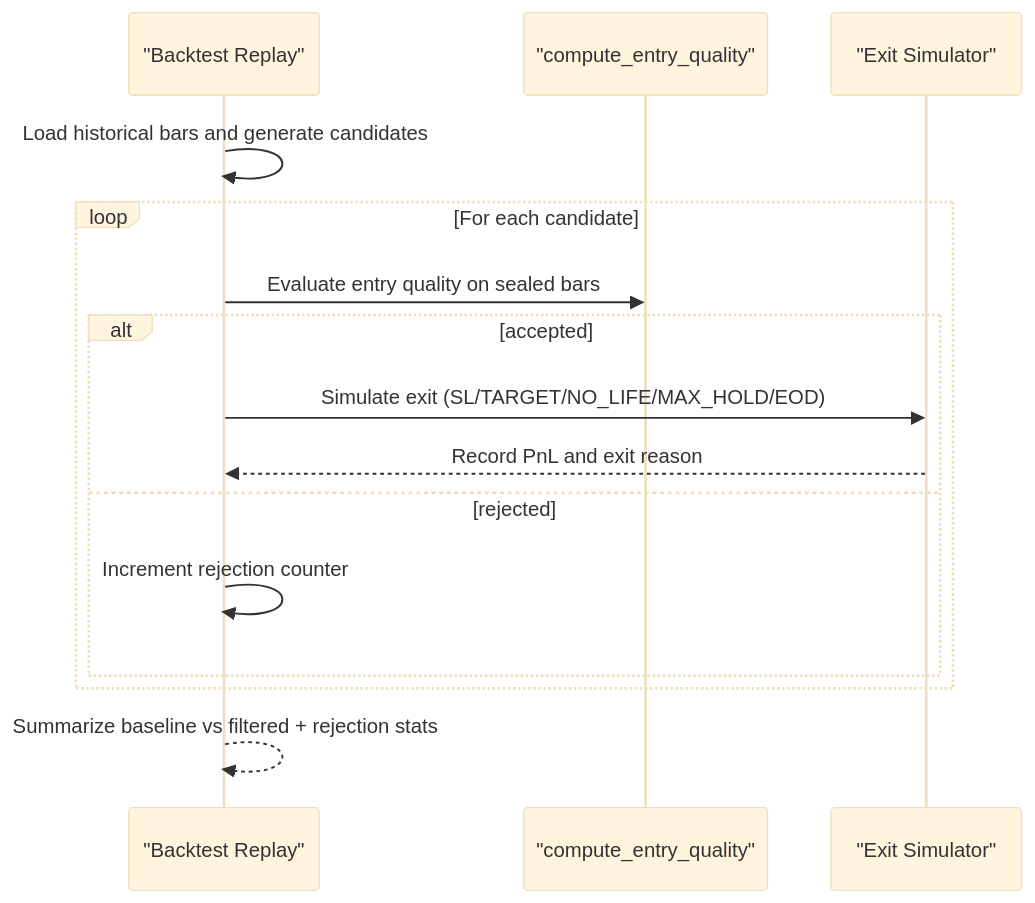
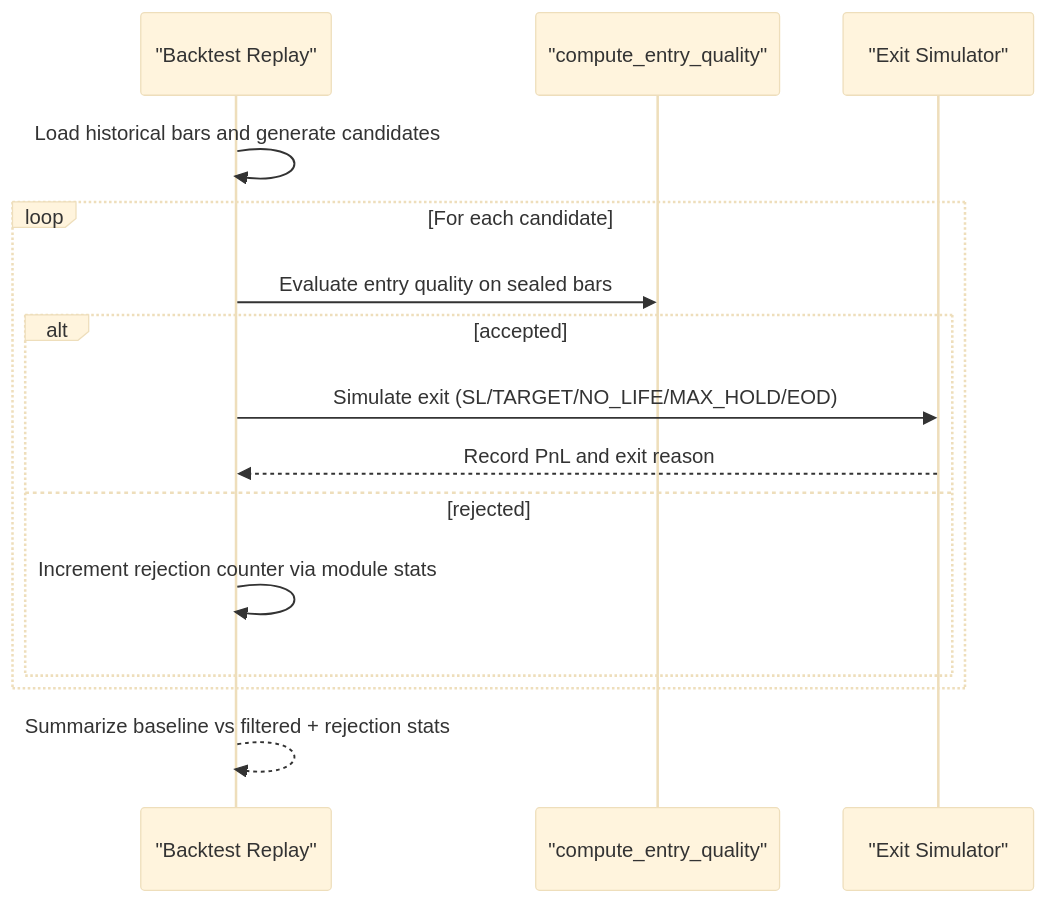
One commit to tauqeersiddiqui-art/tradingsystem changed the seventh of 8 diagrams in .qoder/repowiki/en/content/Execution and Risk Management/Entry Quality Filter.md. Above: the diagram before and after it, drawn with Mermaid (base theme). The commit also changed other lines of this file and 6 other files, not shown here.

````diff
--- a/.qoder/repowiki/en/content/Execution and Risk Management/Entry Quality Filter.md
+++ b/.qoder/repowiki/en/content/Execution and Risk Management/Entry Quality Filter.md
@@ -250,17 +277,17 @@
 ```mermaid
 sequenceDiagram
 participant BR as "Backtest Replay"
 participant EQ as "compute_entry_quality"
 participant EX as "Exit Simulator"
 BR->>BR : Load historical bars and generate candidates
 loop For each candidate
 BR->>EQ : Evaluate entry quality on sealed bars
 alt accepted
 BR->>EX : Simulate exit (SL/TARGET/NO_LIFE/MAX_HOLD/EOD)
 EX-->>BR : Record PnL and exit reason
 else rejected
-BR->>BR : Increment rejection counter
+BR->>BR : Increment rejection counter via module stats
 end
 end
 BR-->>BR : Summarize baseline vs filtered + rejection stats
 ```
````
